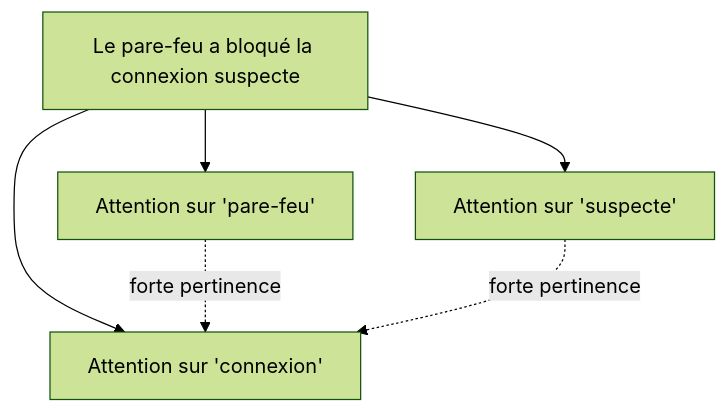
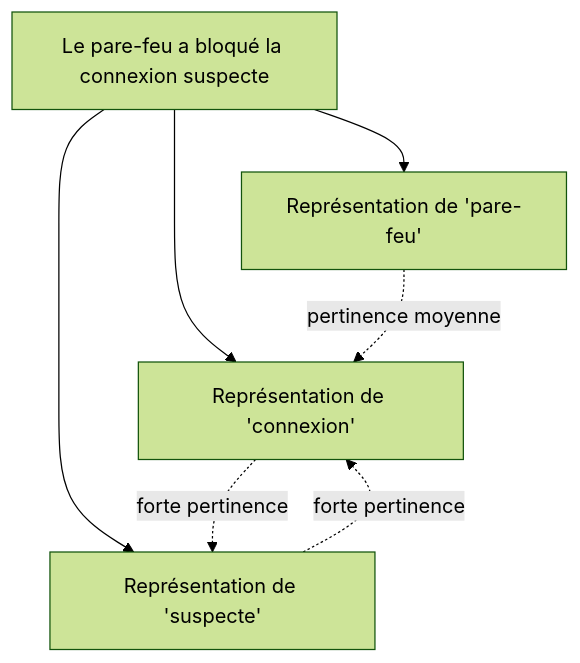
The first of 2 diagrams in content/courses/deep-learning/05-transformers-attention.md (AureDulvresse/nyx), drawn with Mermaid (forest theme) before and after one commit. The commit also changed other lines of this file and 167 other files, not shown here.

````diff
--- a/content/courses/deep-learning/05-transformers-attention.md
+++ b/content/courses/deep-learning/05-transformers-attention.md
@@ -31,8 +39,9 @@
 ```mermaid
 graph TD
-    A["Le pare-feu a bloqué la connexion suspecte"] --> B[Attention sur 'pare-feu']
-    A --> C[Attention sur 'connexion']
-    A --> D[Attention sur 'suspecte']
-    B -.forte pertinence.-> C
-    D -.forte pertinence.-> C
+    A["Le pare-feu a bloqué la connexion suspecte"] --> B["Représentation de 'pare-feu'"]
+    A --> C["Représentation de 'connexion'"]
+    A --> D["Représentation de 'suspecte'"]
+    B -.->|"pertinence moyenne"| C
+    D -.->|"forte pertinence"| C
+    C -.->|"forte pertinence"| D
 ```
````
